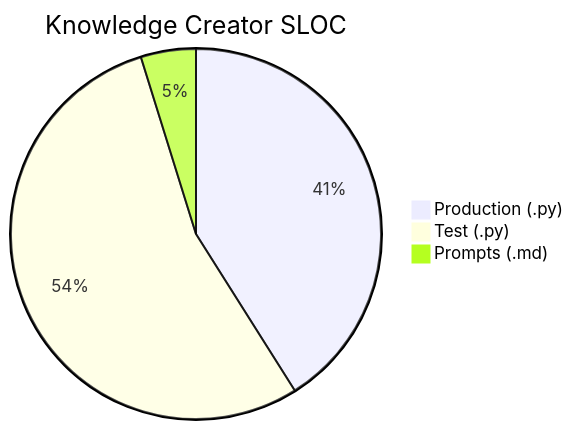
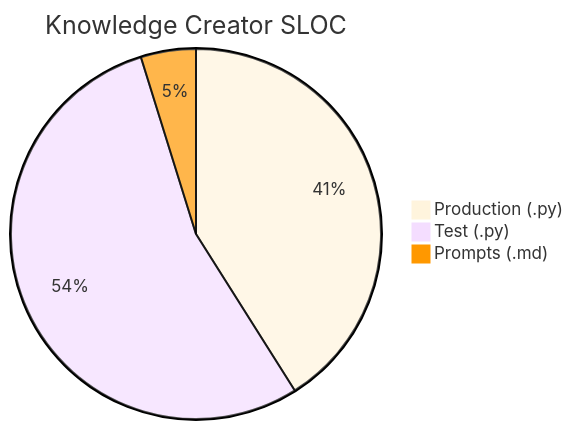
The tenth of 14 diagrams in docs/metrics.md (nablarch/nabledge-dev), drawn with Mermaid before and after one commit. The commit also changed other lines of this file, not shown here.

Commit message:
chore: regenerate metrics with consistent Prompts (.md) color

````diff
--- a/docs/metrics.md
+++ b/docs/metrics.md
@@ -135,6 +136,7 @@
 ```mermaid
+%%{init: {'theme': 'base', 'themeVariables': {'pie3': '#FF9800'}}}%%
 pie title Knowledge Creator SLOC
   "Production (.py)" : 4347
   "Test (.py)" : 5736
   "Prompts (.md)" : 509
 ```
````
